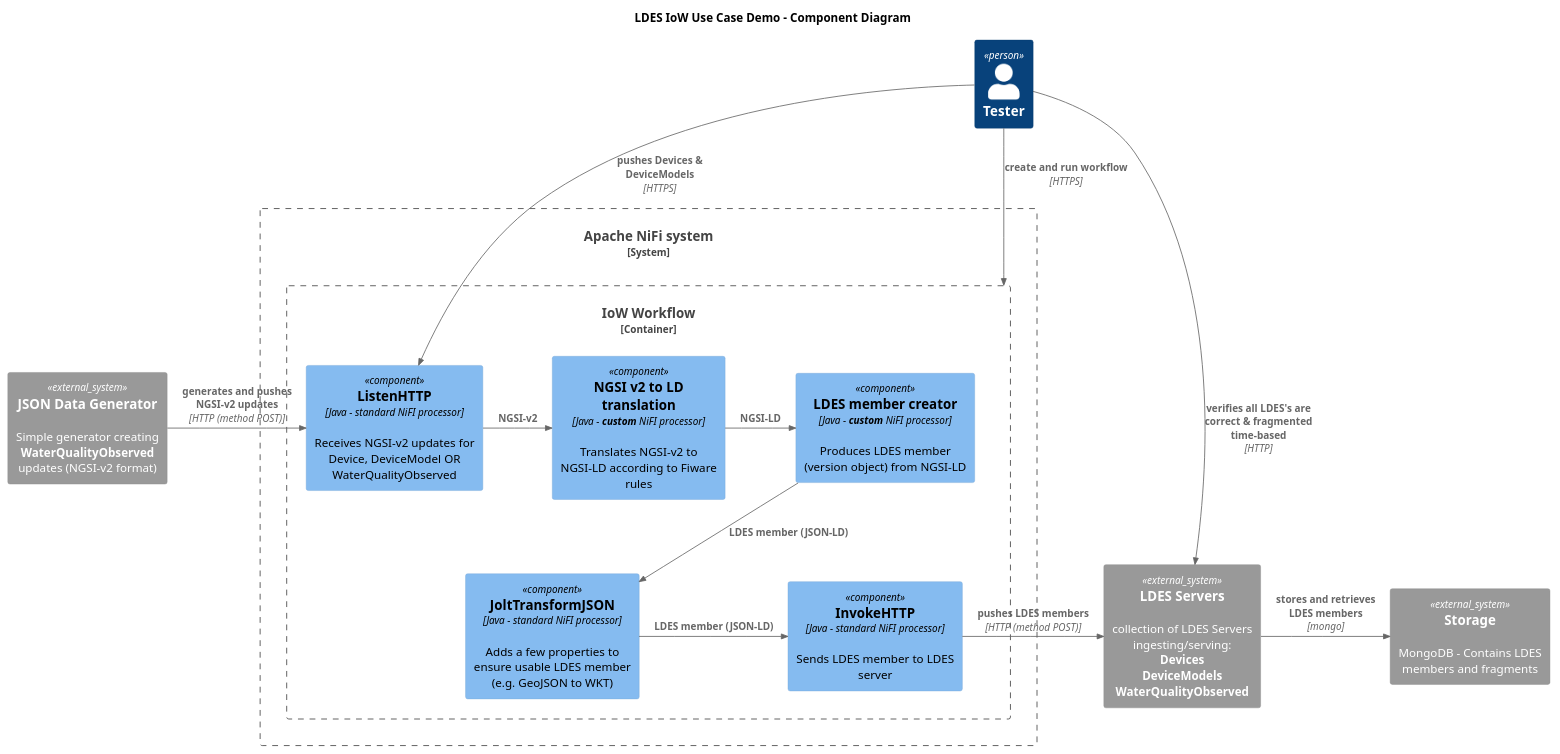
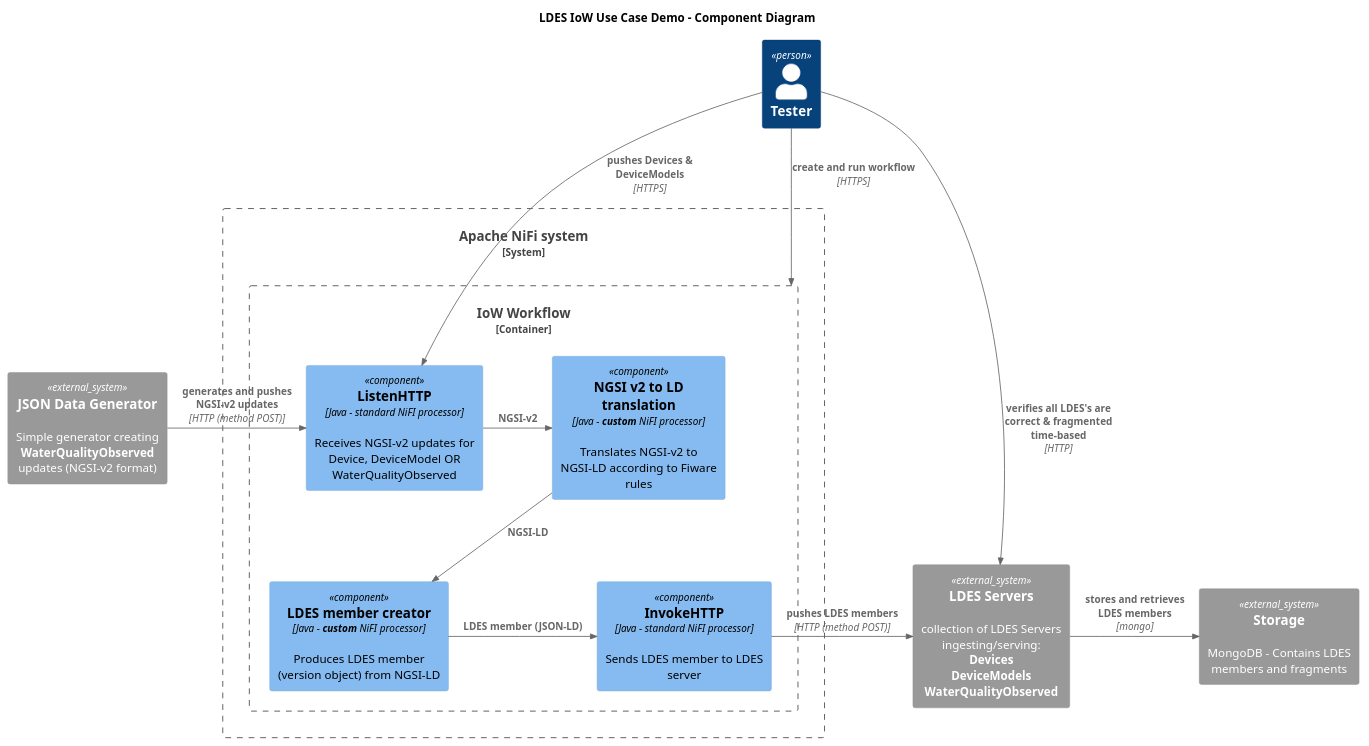
The diagram in e2e-test/use-cases/iow/3.ngsi-v2-to-ldes/uml/demo-ldes-server.component.puml (Informatievlaanderen/VSDS-LDES-E2E-testing), drawn with PlantUML before and after one commit. The commit also changed 14 other files, not shown here.

```diff
--- a/e2e-test/use-cases/iow/3.ngsi-v2-to-ldes/uml/demo-ldes-server.component.puml
+++ b/e2e-test/use-cases/iow/3.ngsi-v2-to-ldes/uml/demo-ldes-server.component.puml
@@ -1,32 +1,30 @@
 @startuml "LDES IoW Use Case Demo - Component Diagram"
 !include https://raw.githubusercontent.com/plantuml-stdlib/C4-PlantUML/master/C4_Component.puml
 
 title LDES IoW Use Case Demo - Component Diagram
 
 Person(tester, "Tester")
 
 System_Ext(generator, "JSON Data Generator", "Simple generator creating\n**WaterQualityObserved** updates (NGSI-v2 format)")
 System_Boundary(nifi, "Apache NiFi system") {
     Container_Boundary(workflow, "IoW Workflow"){
          Component(listener, "ListenHTTP", "Java - standard NiFI processor", "Receives NGSI-v2 updates for Device, DeviceModel OR WaterQualityObserved")
          Component(translator, "NGSI v2 to LD translation", "Java - **custom** NiFI processor", "Translates NGSI-v2 to NGSI-LD according to Fiware rules")
          Component(creator, "LDES member creator", "Java - **custom** NiFI processor", "Produces LDES member (version object) from NGSI-LD")
-         Component(enricher, "JoltTransformJSON", "Java - standard NiFI processor", "Adds a few properties to ensure usable LDES member\n(e.g. GeoJSON to WKT)")
          Component(sender, "InvokeHTTP", "Java - standard NiFI processor", "Sends LDES member to LDES server")
     }
 }
 System_Ext(servers, "LDES Servers", "collection of LDES Servers ingesting/serving:\n**Devices**\n**DeviceModels**\n**WaterQualityObserved**")
 System_Ext(database, "Storage", "MongoDB - Contains LDES members and fragments")
 
 Rel_R(generator, listener, "generates and pushes NGSI-v2 updates", "HTTP (method POST)")
 Rel_R(listener, translator, "NGSI-v2")
-Rel_R(translator, creator, "NGSI-LD")
-Rel_D(creator, enricher, "LDES member (JSON-LD)")
-Rel_R(enricher, sender, "LDES member (JSON-LD)")
+Rel_D(translator, creator, "NGSI-LD")
+Rel_R(creator, sender, "LDES member (JSON-LD)")
 Rel_R(sender, servers, "pushes LDES members", "HTTP (method POST)")
 Rel_D(tester, workflow, "create and run workflow", "HTTPS")
 Rel_D(tester, listener, "pushes Devices & DeviceModels", "HTTPS")
 Rel_D(tester, servers, "verifies all LDES's are correct & fragmented time-based", "HTTP")
 Rel_R(servers, database, "stores and retrieves LDES members", "mongo")
 
 @enduml
```
